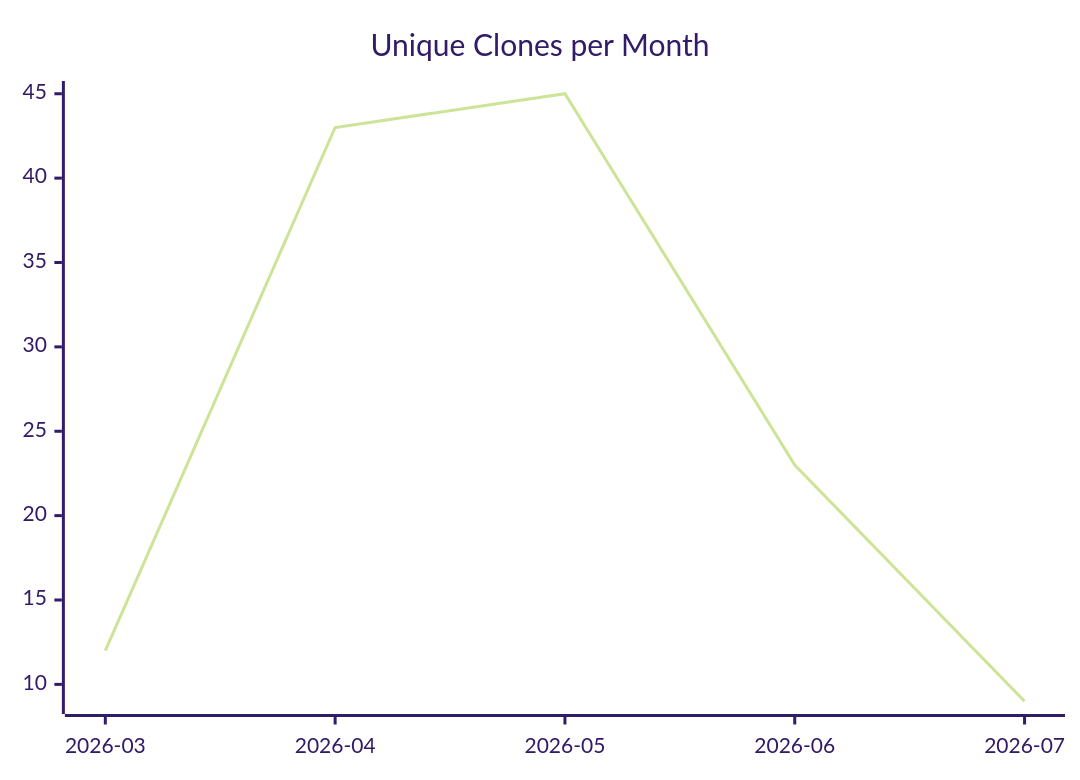
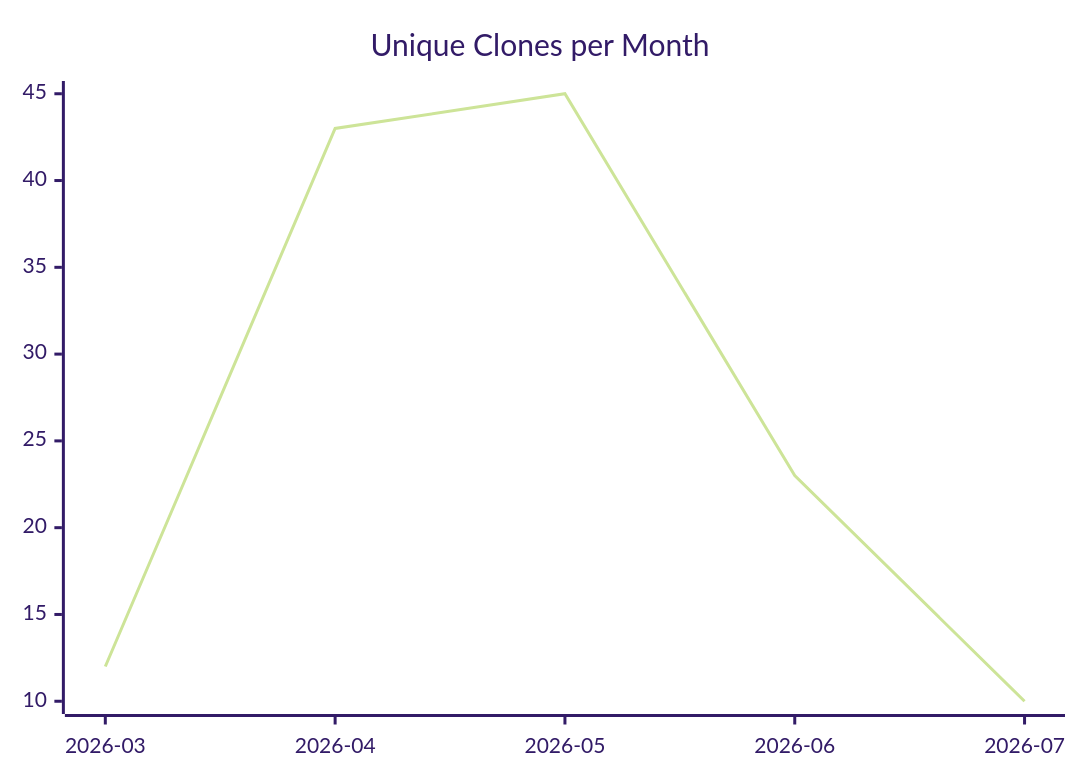
One commit to justdavis-family/github-analytics-data changed the third of 3 diagrams in karlmdavis/ksoap2-android/README.md. Above: the diagram before and after it, drawn with Mermaid (forest theme). The commit also changed other lines of this file and 185 other files, not shown here.

````diff
--- a/karlmdavis/ksoap2-android/README.md
+++ b/karlmdavis/ksoap2-android/README.md
@@ -19,6 +19,6 @@
 ```mermaid
 xychart-beta
   title "Unique Clones per Month"
   x-axis ["2026-03", "2026-04", "2026-05", "2026-06", "2026-07"]
-  line [12, 43, 45, 23, 9]
+  line [12, 43, 45, 23, 10]
 ```
````
